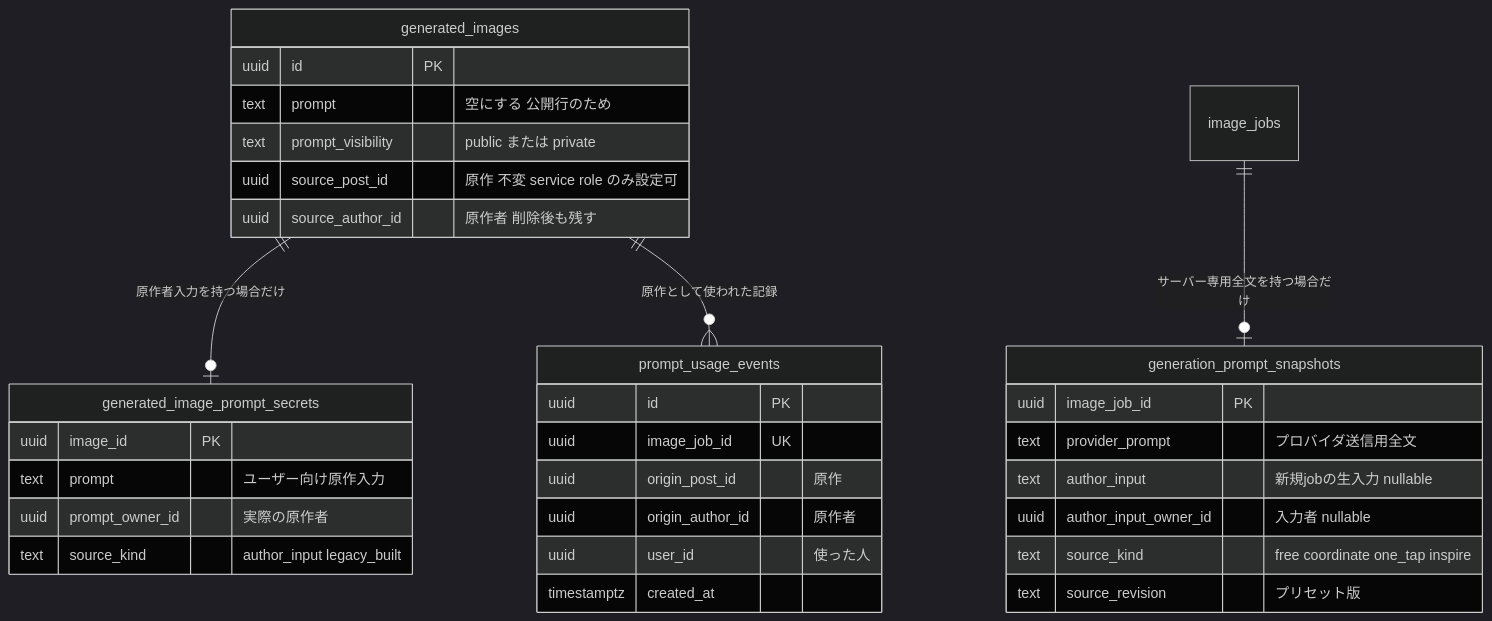
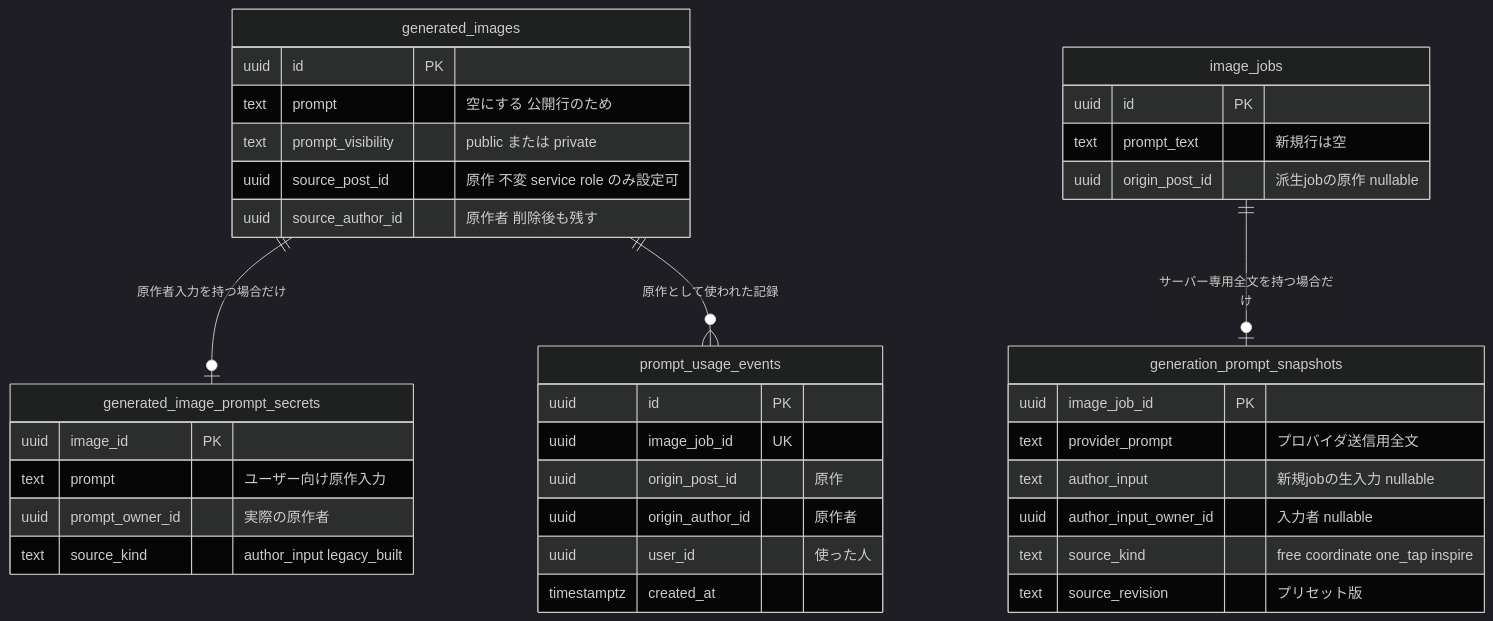
One commit to 3balljugglerYu/ai_coordinate changed the fifth of 6 diagrams in docs/planning/free-prompt-private-mode-implementation-plan.md. Above: the diagram before and after it, drawn with Mermaid (dark theme). The commit also changed other lines of this file, not shown here.

Commit message:
docs(plan): address private prompt follow-up review

````diff
--- a/docs/planning/free-prompt-private-mode-implementation-plan.md
+++ b/docs/planning/free-prompt-private-mode-implementation-plan.md
@@ -255,35 +271,40 @@
 ```mermaid
 erDiagram
     generated_images ||--o| generated_image_prompt_secrets : "原作者入力を持つ場合だけ"
     image_jobs ||--o| generation_prompt_snapshots : "サーバー専用全文を持つ場合だけ"
     generated_images ||--o{ prompt_usage_events : "原作として使われた記録"
     generated_image_prompt_secrets {
         uuid image_id PK
         text prompt "ユーザー向け原作入力"
         uuid prompt_owner_id "実際の原作者"
         text source_kind "author_input legacy_built"
     }
     generation_prompt_snapshots {
         uuid image_job_id PK
         text provider_prompt "プロバイダ送信用全文"
         text author_input "新規jobの生入力 nullable"
         uuid author_input_owner_id "入力者 nullable"
         text source_kind "free coordinate one_tap inspire"
         text source_revision "プリセット版"
     }
+    image_jobs {
+        uuid id PK
+        text prompt_text "新規行は空"
+        uuid origin_post_id "派生jobの原作 nullable"
+    }
     generated_images {
         uuid id PK
         text prompt "空にする 公開行のため"
         text prompt_visibility "public または private"
         uuid source_post_id "原作 不変 service role のみ設定可"
         uuid source_author_id "原作者 削除後も残す"
     }
     prompt_usage_events {
         uuid id PK
         uuid image_job_id UK
         uuid origin_post_id "原作"
         uuid origin_author_id "原作者"
         uuid user_id "使った人"
         timestamptz created_at
     }
 ```
````
